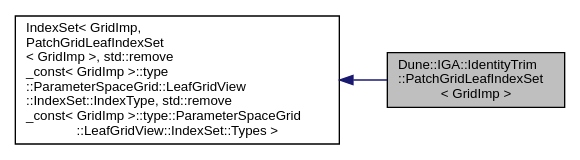
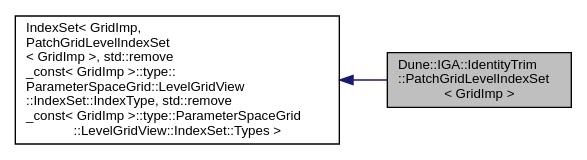
One commit to rath3t/dune-iga-doc changed the diagram in d9/d79/a01658.dot. Above: the diagram before and after it, drawn with Graphviz. The commit also changed 1366 other files, not shown here.

Commit message:
deploy: rath3t/dune-iga@969adfa9f2f619d4a726f631c2d194354445b194

```diff
--- a/d9/d79/a01658.dot
+++ b/d9/d79/a01658.dot
@@ -1,10 +1,10 @@
-digraph "Dune::IGA::IdentityTrim::PatchGridLeafIndexSet&lt; GridImp &gt;"
+digraph "Dune::IGA::IdentityTrim::PatchGridLevelIndexSet&lt; GridImp &gt;"
 {
  // LATEX_PDF_SIZE
   edge [fontname="Helvetica",fontsize="10",labelfontname="Helvetica",labelfontsize="10"];
   node [fontname="Helvetica",fontsize="10",shape=record];
   rankdir="LR";
-  Node1 [label="Dune::IGA::IdentityTrim\l::PatchGridLeafIndexSet\l\< GridImp \>",height=0.2,width=0.4,color="black", fillcolor="grey75", style="filled", fontcolor="black",tooltip=" "];
+  Node1 [label="Dune::IGA::IdentityTrim\l::PatchGridLevelIndexSet\l\< GridImp \>",height=0.2,width=0.4,color="black", fillcolor="grey75", style="filled", fontcolor="black",tooltip=" "];
   Node2 -> Node1 [dir="back",color="midnightblue",fontsize="10",style="solid",fontname="Helvetica"];
-  Node2 [label="IndexSet\< GridImp,\l PatchGridLeafIndexSet\l\< GridImp \>, std::remove\l_const\< GridImp \>::type\l::ParameterSpaceGrid::LeafGridView\l::IndexSet::IndexType, std::remove\l_const\< GridImp \>::type::ParameterSpaceGrid\l::LeafGridView::IndexSet::Types \>",height=0.2,width=0.4,color="black", fillcolor="white", style="filled",tooltip=" "];
+  Node2 [label="IndexSet\< GridImp,\l PatchGridLevelIndexSet\l\< GridImp \>, std::remove\l_const\< GridImp \>::type::\lParameterSpaceGrid::LevelGridView\l::IndexSet::IndexType, std::remove\l_const\< GridImp \>::type::ParameterSpaceGrid\l::LevelGridView::IndexSet::Types \>",height=0.2,width=0.4,color="black", fillcolor="white", style="filled",tooltip=" "];
 }
```
